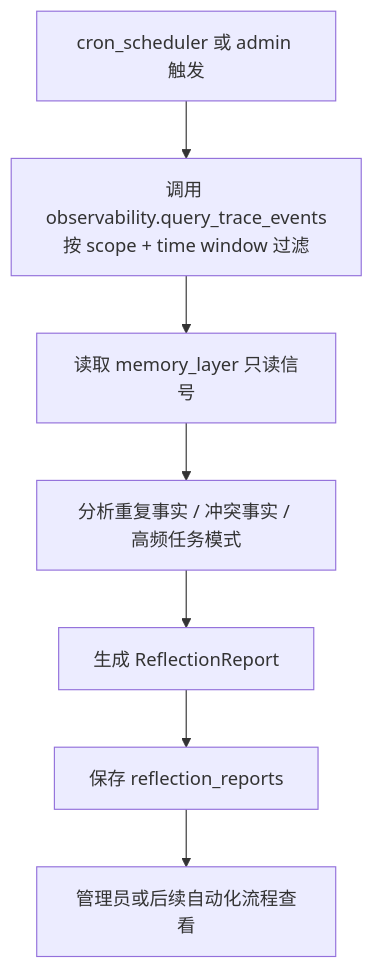
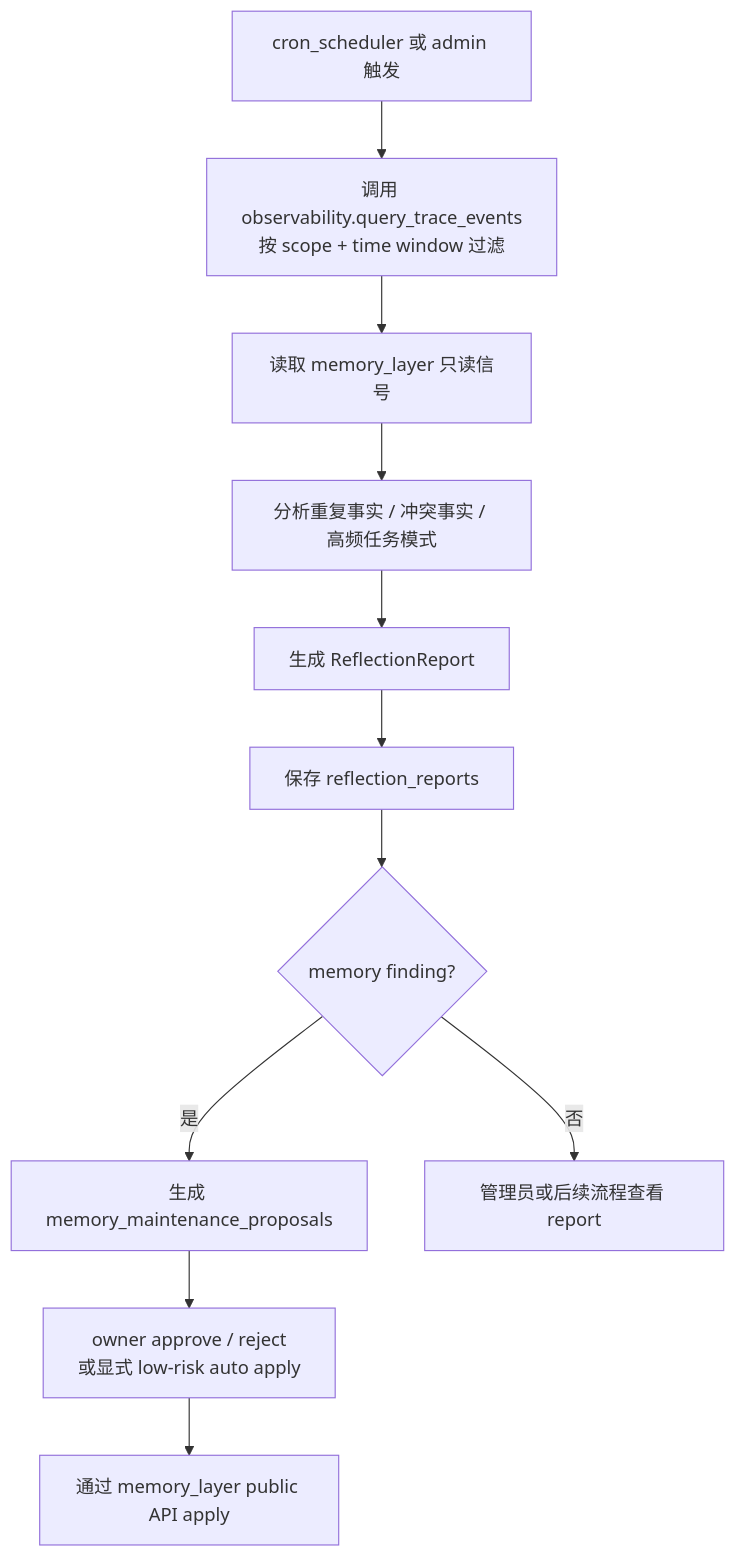
The diagram in docs/capabilities/reflection.md (Summy2104/fleetent), drawn with Mermaid before and after one commit. The commit also changed other lines of this file and 16 other files, not shown here.

Commit message:
feat(reflection): add memory maintenance proposals

````diff
--- a/docs/capabilities/reflection.md
+++ b/docs/capabilities/reflection.md
@@ -37,9 +36,13 @@
 ```mermaid
 flowchart TD
     A[cron_scheduler 或 admin 触发] --> B[调用 observability.query_trace_events\n按 scope + time window 过滤]
     B --> C[读取 memory_layer 只读信号]
     C --> D[分析重复事实 / 冲突事实 / 高频任务模式]
     D --> E[生成 ReflectionReport]
     E --> F[保存 reflection_reports]
-    F --> G[管理员或后续自动化流程查看]
+    F --> G{memory finding?}
+    G -->|是| H[生成 memory_maintenance_proposals]
+    G -->|否| I[管理员或后续流程查看 report]
+    H --> J[owner approve / reject\n或显式 low-risk auto apply]
+    J --> K[通过 memory_layer public API apply]
 ```
````
